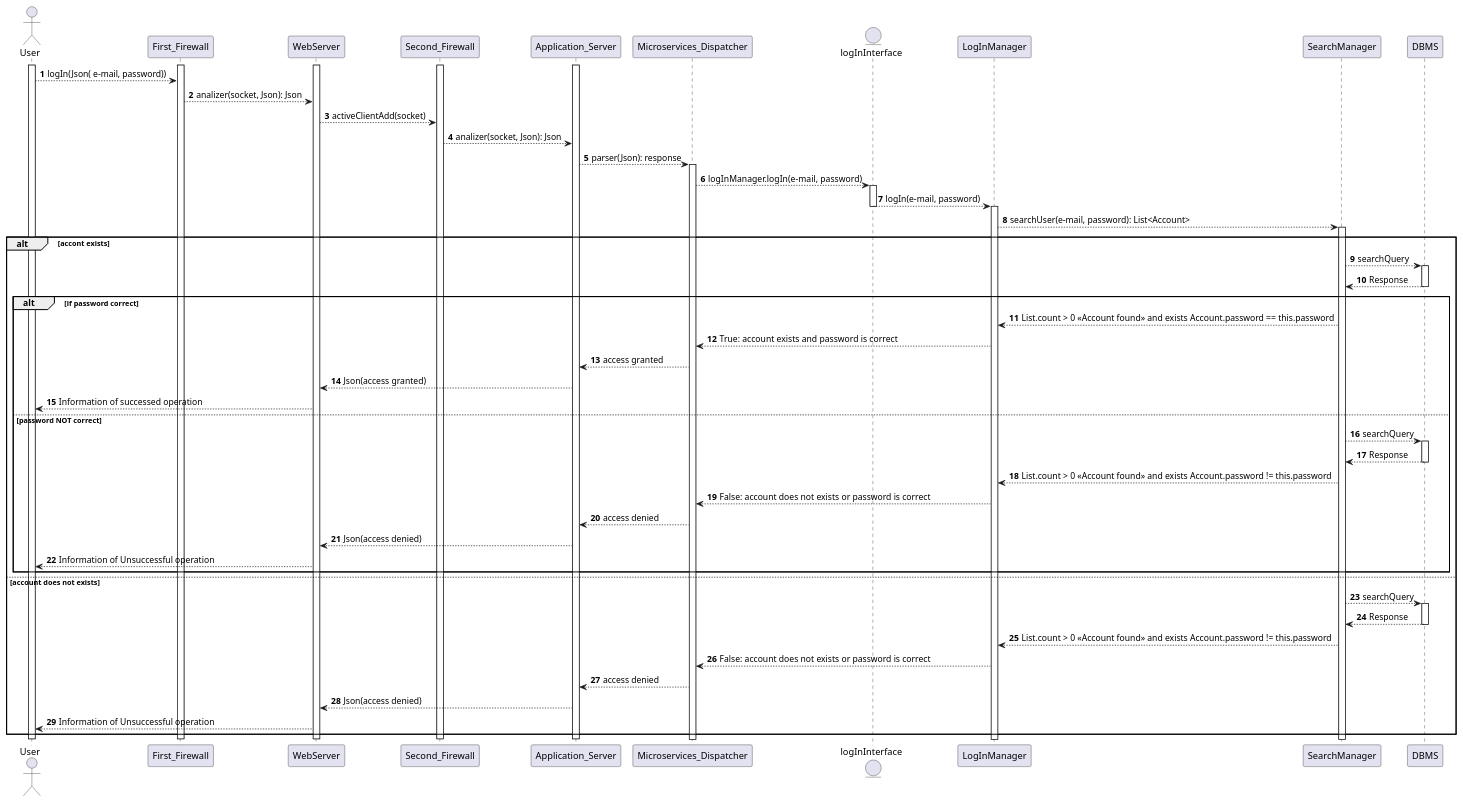
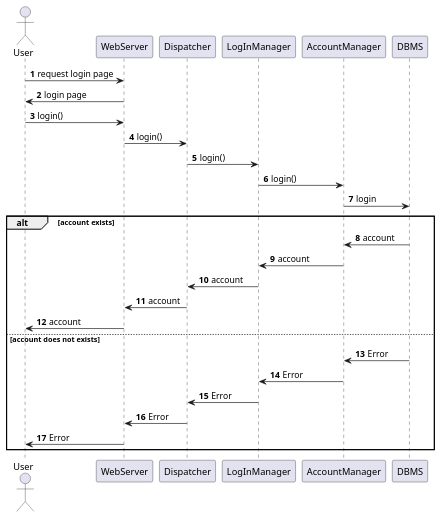
One commit to Angelo7672/SE2_Requirement-and-Design-Document changed the diagram in _DD/Images/sequenceDiagrams/logIn.wsd. Above: the diagram before and after it, drawn with PlantUML. The commit also changed 5 other files, not shown here.

Commit message:
typo fix, update first e sequence and ER

```diff
--- a/_DD/Images/sequenceDiagrams/logIn.wsd
+++ b/_DD/Images/sequenceDiagrams/logIn.wsd
@@ -1,71 +1,100 @@
 @startuml
+
+'autonumber
+'actor User as U
+'participant First_Firewall as FF
+'participant WebServer as WS
+'participant Second_Firewall as SF
+'participant Application_Server as AS
+'participant Microservices_Dispatcher as MD
+'entity logInInterface as LII
+'participant LogInManager as LIM
+'participant SearchManager as SM
+'participant DBMS as D
+
+'activate U
+'activate FF
+'activate WS
+'activate SF
+'activate AS
+'U-->FF: logIn(Json( e-mail, password))
+'FF-->WS: analizer(socket, Json): Json
+'WS-->SF: activeClientAdd(socket)
+'SF-->AS: analizer(socket, Json): Json
+'AS-->MD: parser(Json): response
+'activate MD
+'MD-->LII: logInManager.logIn(e-mail, password)
+'activate LII
+'LII-->LIM: logIn(e-mail, password)
+'deactivate LII
+'activate LIM
+'LIM-->SM: searchUser(e-mail, password): List<Account>
+'activate SM
+'alt accont exists
+'    SM-->D: searchQuery
+'    activate D
+'    D-->SM: Response
+'    deactivate D
+'    alt if password correct
+'        SM-->LIM: List.count > 0 <<Account found>> and exists Account.password == this.password
+'        LIM-->MD: True: account exists and password is correct
+'        MD-->AS: access granted
+'        AS-->WS: Json(access granted)
+'        WS-->U: Information of successed operation
+'    else password NOT correct
+'        SM-->D: searchQuery
+'        activate D
+'        D-->SM: Response
+'        deactivate D
+'        SM-->LIM: List.count > 0 <<Account found>> and exists Account.password != this.password
+'        LIM-->MD: False: account does not exists or password is correct
+'        MD-->AS: access denied
+'        AS-->WS: Json(access denied)
+'        WS-->U: Information of Unsuccessful operation
+'    end
+'else account does not exists
+'    SM-->D: searchQuery
+'    activate D
+'    D-->SM: Response
+'    deactivate D
+'    SM-->LIM: List.count > 0 <<Account found>> and exists Account.password != this.password
+'    LIM-->MD: False: account does not exists or password is correct
+'    MD-->AS: access denied
+'    AS-->WS: Json(access denied)
+'    WS-->U: Information of Unsuccessful operation
+'end
+'deactivate U
+'deactivate FF
+'deactivate WS
+'deactivate SF
+'deactivate AS
 
 autonumber
 actor User as U
-participant First_Firewall as FF
 participant WebServer as WS
-participant Second_Firewall as SF
-participant Application_Server as AS
-participant Microservices_Dispatcher as MD
-entity logInInterface as LII
+participant Dispatcher as MD
 participant LogInManager as LIM
-participant SearchManager as SM
+participant AccountManager as AM
 participant DBMS as D
 
-activate U
-activate FF
-activate WS
-activate SF
-activate AS
-U-->FF: logIn(Json( e-mail, password))
-FF-->WS: analizer(socket, Json): Json
-WS-->SF: activeClientAdd(socket)
-SF-->AS: analizer(socket, Json): Json
-AS-->MD: parser(Json): response
-activate MD
-MD-->LII: logInManager.logIn(e-mail, password)
-activate LII
-LII-->LIM: logIn(e-mail, password)
-deactivate LII
-activate LIM
-LIM-->SM: searchUser(e-mail, password): List<Account>
-activate SM
-alt accont exists
-    SM-->D: searchQuery
-    activate D
-    D-->SM: Response
-    deactivate D
-    alt if password correct
-        SM-->LIM: List.count > 0 <<Account found>> and exists Account.password == this.password
-        LIM-->MD: True: account exists and password is correct
-        MD-->AS: access granted
-        AS-->WS: Json(access granted)
-        WS-->U: Information of successed operation
-    else password NOT correct
-        SM-->D: searchQuery
-        activate D
-        D-->SM: Response
-        deactivate D
-        SM-->LIM: List.count > 0 <<Account found>> and exists Account.password != this.password
-        LIM-->MD: False: account does not exists or password is correct
-        MD-->AS: access denied
-        AS-->WS: Json(access denied)
-        WS-->U: Information of Unsuccessful operation
-    end
+U -> WS: request login page
+WS -> U: login page
+U -> WS: login() 
+WS -> MD: login()
+MD -> LIM: login()
+LIM -> AM: login()
+AM -> D: login
+alt account exists
+    D -> AM: account
+    AM -> LIM: account
+    LIM -> MD: account
+    MD -> WS: account
+    WS -> U: account
 else account does not exists
-    SM-->D: searchQuery
-    activate D
-    D-->SM: Response
-    deactivate D
-    SM-->LIM: List.count > 0 <<Account found>> and exists Account.password != this.password
-    LIM-->MD: False: account does not exists or password is correct
-    MD-->AS: access denied
-    AS-->WS: Json(access denied)
-    WS-->U: Information of Unsuccessful operation
+    D -> AM: Error
+    AM -> LIM: Error
+    LIM -> MD: Error
+    MD -> WS: Error
+    WS -> U: Error
 end
-deactivate U
-deactivate FF
-deactivate WS
-deactivate SF
-deactivate AS
 @enduml
```
